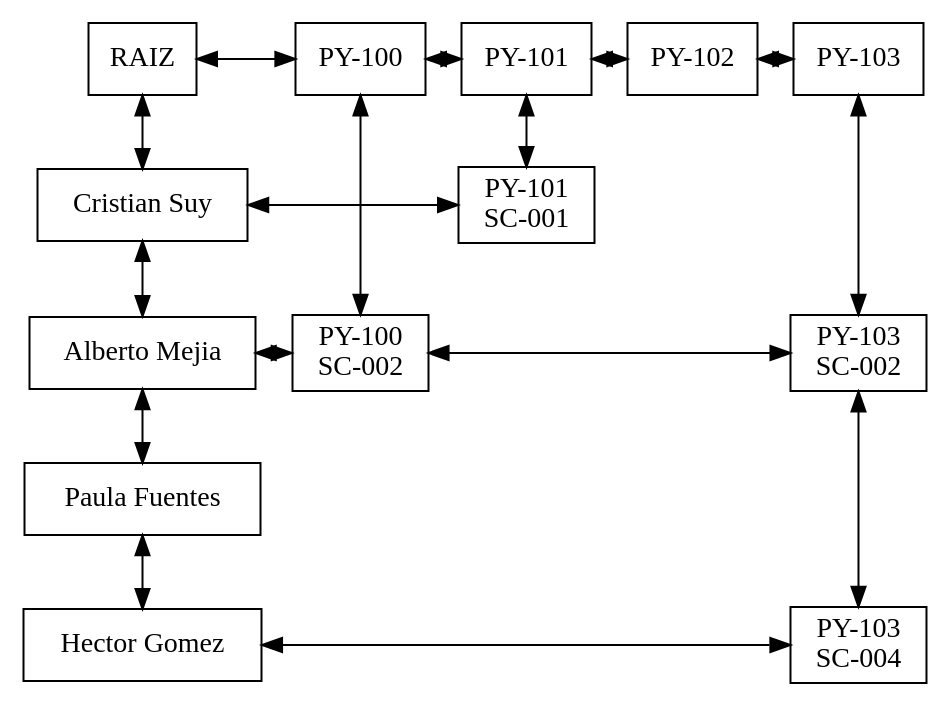
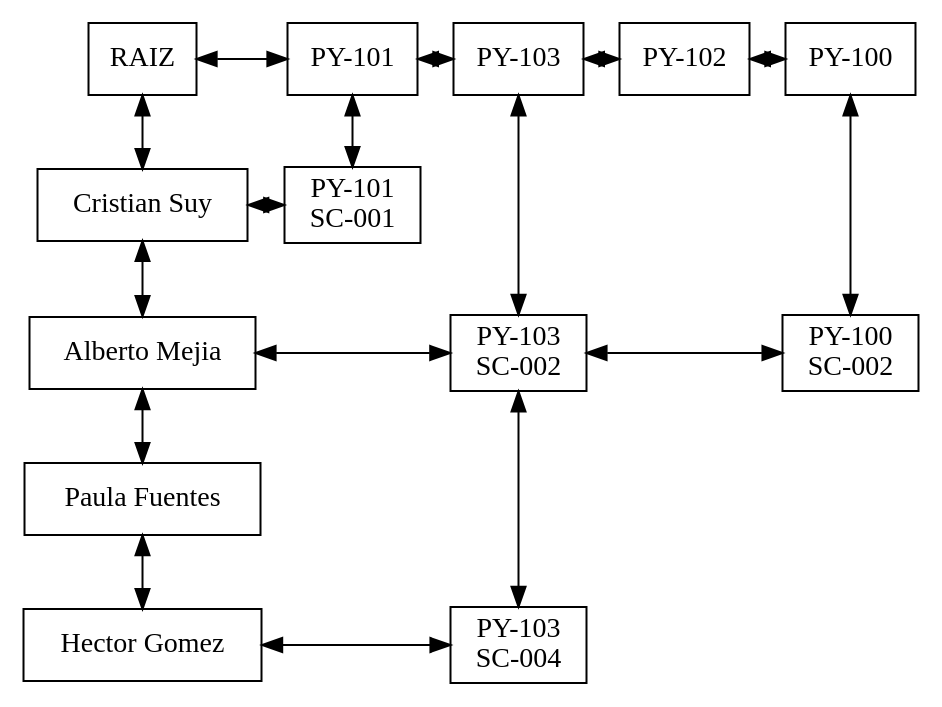
Before and after one commit to ARCG-prog/EDD_2S_2023: the diagram in Repaso 19-08-2023/matriz.dot, drawn with Graphviz. The commit also changed 21 other files, not shown here.

```diff
--- a/Repaso 19-08-2023/matriz.dot
+++ b/Repaso 19-08-2023/matriz.dot
@@ -1,43 +1,43 @@
 digraph MatrizCapa{ 
  node[shape=box] 
  rankdir=UD;
 {rank=same; 
-nodo0x1370f80[label="RAIZ\n" ,group=0]; 
-nodo0x13711c8[label="PY-100" ,group=1]; 
-nodo0x13711f8[label="PY-101" ,group=2]; 
-nodo0x1371228[label="PY-102" ,group=3]; 
-nodo0x13772b0[label="PY-103" ,group=4]; 
+nodo0x13a0f10[label="RAIZ\n" ,group=0]; 
+nodo0x13a12c0[label="PY-101" ,group=1]; 
+nodo0x13a1308[label="PY-103" ,group=2]; 
+nodo0x13a72e0[label="PY-102" ,group=3]; 
+nodo0x13a7328[label="PY-100" ,group=4]; 
 } 
 {rank=same; 
-nodo0x13772e0[label="Cristian Suy" ,group=0]; 
-nodo0x13773a0[label="PY-101\nSC-001" ,group=2]; 
+nodo0x13a7370[label="Cristian Suy" ,group=0]; 
+nodo0x13a04f8[label="PY-101\nSC-001" ,group=1]; 
 } 
 {rank=same; 
-nodo0x1377310[label="Alberto Mejia" ,group=0]; 
-nodo0x13773d0[label="PY-100\nSC-002" ,group=1]; 
-nodo0x1377400[label="PY-103\nSC-002" ,group=4]; 
+nodo0x13a73b8[label="Alberto Mejia" ,group=0]; 
+nodo0x13a0558[label="PY-103\nSC-002" ,group=2]; 
+nodo0x13a0528[label="PY-100\nSC-002" ,group=4]; 
 } 
 {rank=same; 
-nodo0x1377340[label="Paula Fuentes" ,group=0]; 
+nodo0x13a7400[label="Paula Fuentes" ,group=0]; 
 } 
 {rank=same; 
-nodo0x1377370[label="Hector Gomez" ,group=0]; 
-nodo0x1377430[label="PY-103\nSC-004" ,group=4]; 
+nodo0x13a04b0[label="Hector Gomez" ,group=0]; 
+nodo0x13a0588[label="PY-103\nSC-004" ,group=2]; 
 } 
-nodo0x1370f80 -> nodo0x13711c8 [dir=both];
-nodo0x13711c8 -> nodo0x13711f8 [dir=both];
-nodo0x13711f8 -> nodo0x1371228 [dir=both];
-nodo0x1371228 -> nodo0x13772b0 [dir=both];
-nodo0x13772e0 -> nodo0x13773a0 [dir=both];
-nodo0x1377310 -> nodo0x13773d0 [dir=both];
-nodo0x13773d0 -> nodo0x1377400 [dir=both];
-nodo0x1377370 -> nodo0x1377430 [dir=both];
-nodo0x1370f80 -> nodo0x13772e0 [dir=both];
-nodo0x13772e0 -> nodo0x1377310 [dir=both];
-nodo0x1377310 -> nodo0x1377340 [dir=both];
-nodo0x1377340 -> nodo0x1377370 [dir=both];
-nodo0x13711c8 -> nodo0x13773d0 [dir=both];
-nodo0x13711f8 -> nodo0x13773a0 [dir=both];
-nodo0x13772b0 -> nodo0x1377400 [dir=both];
-nodo0x1377400 -> nodo0x1377430 [dir=both];
+nodo0x13a0f10 -> nodo0x13a12c0 [dir=both];
+nodo0x13a12c0 -> nodo0x13a1308 [dir=both];
+nodo0x13a1308 -> nodo0x13a72e0 [dir=both];
+nodo0x13a72e0 -> nodo0x13a7328 [dir=both];
+nodo0x13a7370 -> nodo0x13a04f8 [dir=both];
+nodo0x13a73b8 -> nodo0x13a0558 [dir=both];
+nodo0x13a0558 -> nodo0x13a0528 [dir=both];
+nodo0x13a04b0 -> nodo0x13a0588 [dir=both];
+nodo0x13a0f10 -> nodo0x13a7370 [dir=both];
+nodo0x13a7370 -> nodo0x13a73b8 [dir=both];
+nodo0x13a73b8 -> nodo0x13a7400 [dir=both];
+nodo0x13a7400 -> nodo0x13a04b0 [dir=both];
+nodo0x13a12c0 -> nodo0x13a04f8 [dir=both];
+nodo0x13a1308 -> nodo0x13a0558 [dir=both];
+nodo0x13a0558 -> nodo0x13a0588 [dir=both];
+nodo0x13a7328 -> nodo0x13a0528 [dir=both];
 } 
```
